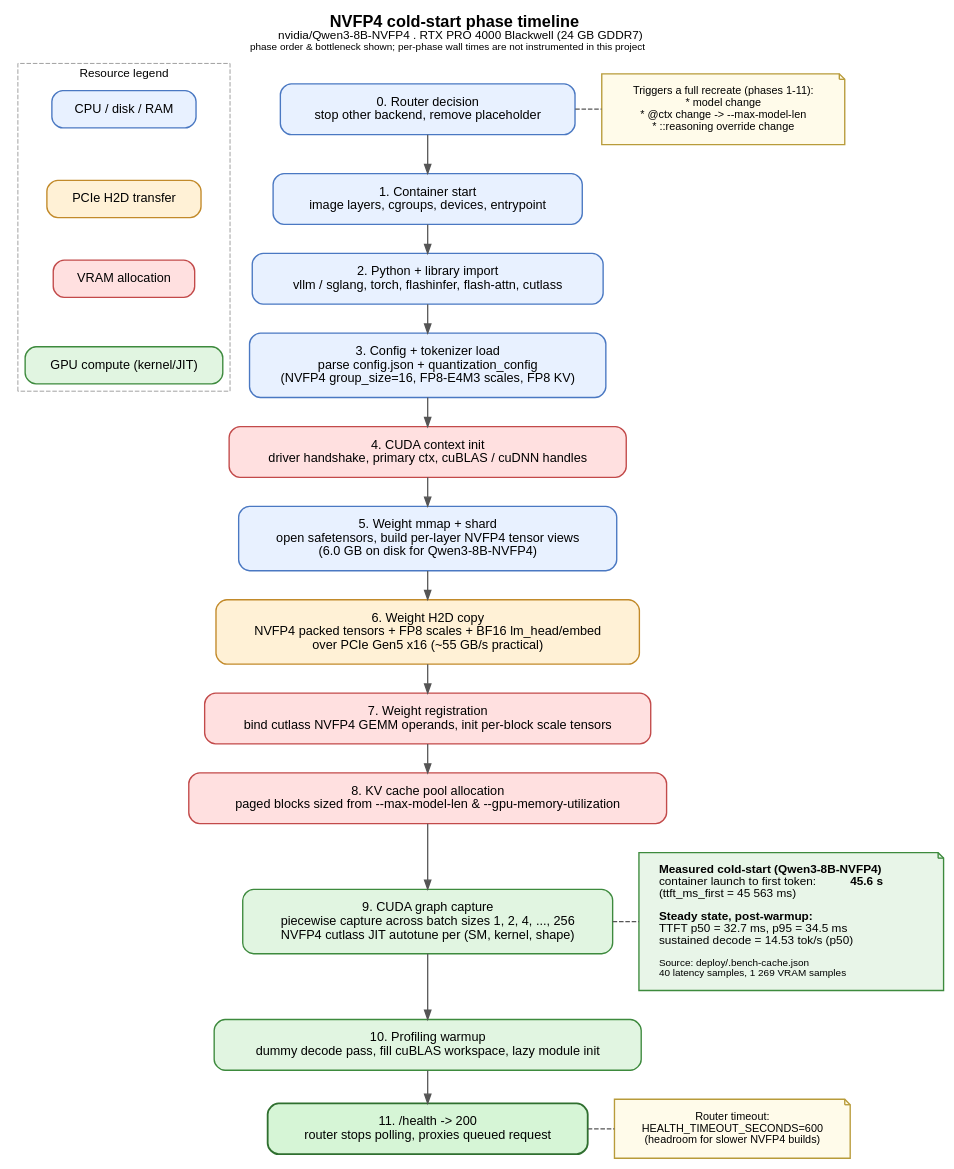
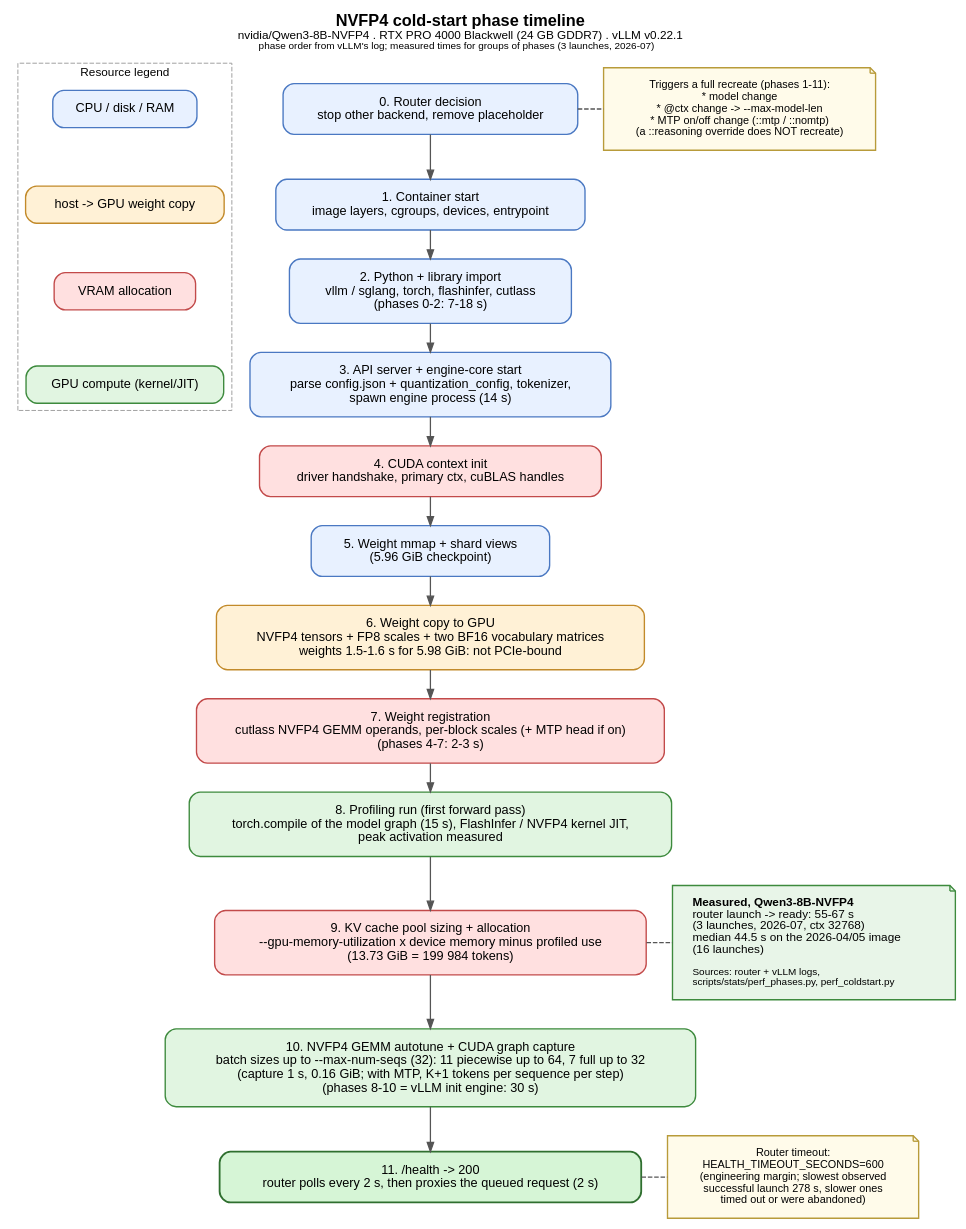
The diagram in docs/nvfp4-coldstart-phases.dot (ksparavec/devai), drawn with Graphviz before and after one commit. The commit also changed 37 other files, not shown here.

```diff
--- a/docs/nvfp4-coldstart-phases.dot
+++ b/docs/nvfp4-coldstart-phases.dot
@@ -1,84 +1,81 @@
 // NVFP4 cold-start phase timeline for vLLM / SGLang on a Blackwell GPU.
 // Vertical (top-to-bottom) layout so the diagram fits a page width
 // without text shrinking below readable size.
 //
-// Each phase node names what is happening and which resource bottlenecks
-// it. Per-phase wall times are NOT shown -- this project does not have
-// per-phase instrumentation, so those numbers would be guesswork. The
-// measured aggregate cold-start (container launch -> first token) is
-// shown in the side annotation, sourced from deploy/.bench-cache.json
-// for nvidia/Qwen3-8B-NVFP4 on RTX PRO 4000 Blackwell (24 GB GDDR7).
+// Each phase node names what is happening and what limits it. The phase
+// order follows vLLM's own log lines. Measured times (vLLM log + router
+// log, scripts/stats/perf_phases.py) are given for groups of phases, for
+// nvidia/Qwen3-8B-NVFP4 (3 launches, 2026-07-16..19, ctx 32768, vLLM
+// v0.22.1, --max-num-seqs 32) on the RTX PRO 4000 Blackwell (24 GB GDDR7).
+// See docs/nvfp4-coldstart.md Sec. 1 for the 27B builds and the method.
 //
 // Render: dot -Tsvg nvfp4-coldstart-phases.dot -o nvfp4-coldstart-phases.svg
 
 digraph nvfp4_coldstart {
   rankdir=TB;
   fontname="Helvetica";
   ranksep=0.45;
   nodesep=0.4;
   node [shape=box, style="rounded,filled", fontname="Helvetica",
         fontsize=14, margin="0.30,0.18", penwidth=1.5];
   edge [fontname="Helvetica", fontsize=12, color="#555555", penwidth=1.4];
   graph [fontsize=18, labelloc=t,
-         label=<<B>NVFP4 cold-start phase timeline</B><BR/><FONT POINT-SIZE="13">nvidia/Qwen3-8B-NVFP4 . RTX PRO 4000 Blackwell (24 GB GDDR7)</FONT><BR/><FONT POINT-SIZE="11">phase order &amp; bottleneck shown; per-phase wall times are not instrumented in this project</FONT>>];
+         label=<<B>NVFP4 cold-start phase timeline</B><BR/><FONT POINT-SIZE="13">nvidia/Qwen3-8B-NVFP4 . RTX PRO 4000 Blackwell (24 GB GDDR7) . vLLM v0.22.1</FONT><BR/><FONT POINT-SIZE="11">phase order from vLLM's log; measured times for groups of phases (3 launches, 2026-07)</FONT>>];
 
   // Legend strip across the top.
   subgraph cluster_legend {
     label="Resource legend"; style=dashed; color="#999999"; fontsize=13;
     rank=same;
     L1 [label="CPU / disk / RAM",         fillcolor="#E8F1FF", color="#4A78C2"];
-    L2 [label="PCIe H2D transfer",        fillcolor="#FFF1D6", color="#C28A2A"];
+    L2 [label="host -> GPU weight copy",  fillcolor="#FFF1D6", color="#C28A2A"];
     L3 [label="VRAM allocation",          fillcolor="#FFE0E0", color="#C24A4A"];
     L4 [label="GPU compute (kernel/JIT)", fillcolor="#E1F5E1", color="#3D8A3D"];
     L1 -> L2 [style=invis];
     L2 -> L3 [style=invis];
     L3 -> L4 [style=invis];
   }
 
-  // Phases, in temporal order, top-to-bottom. No fabricated wall times.
   P0  [label="0. Router decision\nstop other backend, remove placeholder",
        fillcolor="#E8F1FF", color="#4A78C2"];
   P1  [label="1. Container start\nimage layers, cgroups, devices, entrypoint",
        fillcolor="#E8F1FF", color="#4A78C2"];
-  P2  [label="2. Python + library import\nvllm / sglang, torch, flashinfer, flash-attn, cutlass",
+  P2  [label="2. Python + library import\nvllm / sglang, torch, flashinfer, cutlass\n(phases 0-2: 7-18 s)",
        fillcolor="#E8F1FF", color="#4A78C2"];
-  P3  [label="3. Config + tokenizer load\nparse config.json + quantization_config\n(NVFP4 group_size=16, FP8-E4M3 scales, FP8 KV)",
+  P3  [label="3. API server + engine-core start\nparse config.json + quantization_config, tokenizer,\nspawn engine process (14 s)",
        fillcolor="#E8F1FF", color="#4A78C2"];
-  P4  [label="4. CUDA context init\ndriver handshake, primary ctx, cuBLAS / cuDNN handles",
+  P4  [label="4. CUDA context init\ndriver handshake, primary ctx, cuBLAS handles",
        fillcolor="#FFE0E0", color="#C24A4A"];
-  P5  [label="5. Weight mmap + shard\nopen safetensors, build per-layer NVFP4 tensor views\n(6.0 GB on disk for Qwen3-8B-NVFP4)",
+  P5  [label="5. Weight mmap + shard views\n(5.96 GiB checkpoint)",
        fillcolor="#E8F1FF", color="#4A78C2"];
-  P6  [label="6. Weight H2D copy\nNVFP4 packed tensors + FP8 scales + BF16 lm_head/embed\nover PCIe Gen5 x16 (~55 GB/s practical)",
+  P6  [label="6. Weight copy to GPU\nNVFP4 tensors + FP8 scales + two BF16 vocabulary matrices\nweights 1.5-1.6 s for 5.98 GiB: not PCIe-bound",
        fillcolor="#FFF1D6", color="#C28A2A"];
-  P7  [label="7. Weight registration\nbind cutlass NVFP4 GEMM operands, init per-block scale tensors",
+  P7  [label="7. Weight registration\ncutlass NVFP4 GEMM operands, per-block scales (+ MTP head if on)\n(phases 4-7: 2-3 s)",
        fillcolor="#FFE0E0", color="#C24A4A"];
-  P8  [label="8. KV cache pool allocation\npaged blocks sized from --max-model-len &amp; --gpu-memory-utilization",
+  P8  [label="8. Profiling run (first forward pass)\ntorch.compile of the model graph (15 s), FlashInfer / NVFP4 kernel JIT,\npeak activation measured",
+       fillcolor="#E1F5E1", color="#3D8A3D"];
+  P9  [label="9. KV cache pool sizing + allocation\n--gpu-memory-utilization x device memory minus profiled use\n(13.73 GiB = 199 984 tokens)",
        fillcolor="#FFE0E0", color="#C24A4A"];
-  P9  [label="9. CUDA graph capture\npiecewise capture across batch sizes 1, 2, 4, ..., 256\nNVFP4 cutlass JIT autotune per (SM, kernel, shape)",
+  P10 [label="10. NVFP4 GEMM autotune + CUDA graph capture\nbatch sizes up to --max-num-seqs (32): 11 piecewise up to 64, 7 full up to 32\n(capture 1 s, 0.16 GiB; with MTP, K+1 tokens per sequence per step)\n(phases 8-10 = vLLM init engine: 30 s)",
        fillcolor="#E1F5E1", color="#3D8A3D"];
-  P10 [label="10. Profiling warmup\ndummy decode pass, fill cuBLAS workspace, lazy module init",
-       fillcolor="#E1F5E1", color="#3D8A3D"];
-  P11 [label="11. /health -> 200\nrouter stops polling, proxies queued request",
+  P11 [label="11. /health -> 200\nrouter polls every 2 s, then proxies the queued request (2 s)",
        fillcolor="#D6F5D6", color="#2F6F2F", penwidth=2];
 
   P0 -> P1 -> P2 -> P3 -> P4 -> P5 -> P6 -> P7 -> P8 -> P9 -> P10 -> P11;
 
-  // Side annotations -- the only timing claim in this diagram is the
-  // measured aggregate. Source: deploy/.bench-cache.json.
   N_recreate [shape=note, fillcolor="#FFFBEA", color="#B89B3A", fontsize=12,
-              label="Triggers a full recreate (phases 1-11):\n* model change\n* @ctx change -> --max-model-len\n* ::reasoning override change"];
+              label="Triggers a full recreate (phases 1-11):\n* model change\n* @ctx change -> --max-model-len\n* MTP on/off change (::mtp / ::nomtp)\n(a ::reasoning override does NOT recreate)"];
 
   N_measured [shape=note, fillcolor="#E8F5E8", color="#3D8A3D", fontsize=13,
-              label=<<B>Measured cold-start (Qwen3-8B-NVFP4)</B><BR ALIGN="LEFT"/>container launch to first token: <B>45.6 s</B><BR ALIGN="LEFT"/>(ttft_ms_first = 45 563 ms)<BR ALIGN="LEFT"/><BR ALIGN="LEFT"/><B>Steady state, post-warmup:</B><BR ALIGN="LEFT"/>TTFT p50 = 32.7 ms, p95 = 34.5 ms<BR ALIGN="LEFT"/>sustained decode = 14.53 tok/s (p50)<BR ALIGN="LEFT"/><BR ALIGN="LEFT"/><FONT POINT-SIZE="11">Source: deploy/.bench-cache.json</FONT><BR ALIGN="LEFT"/><FONT POINT-SIZE="11">40 latency samples, 1 269 VRAM samples</FONT><BR ALIGN="LEFT"/>>];
+              label=<<B>Measured, Qwen3-8B-NVFP4</B><BR ALIGN="LEFT"/>router launch -&gt; ready: 55-67 s<BR ALIGN="LEFT"/>(3 launches, 2026-07, ctx 32768)<BR ALIGN="LEFT"/>median 44.5 s on the 2026-04/05 image<BR ALIGN="LEFT"/>(16 launches)<BR ALIGN="LEFT"/><BR ALIGN="LEFT"/><FONT POINT-SIZE="11">Sources: router + vLLM logs,</FONT><BR ALIGN="LEFT"/><FONT POINT-SIZE="11">scripts/stats/perf_phases.py, perf_coldstart.py</FONT><BR ALIGN="LEFT"/>>];
 
   N_router [shape=note, fillcolor="#FFFBEA", color="#B89B3A", fontsize=12,
-            label="Router timeout:\nHEALTH_TIMEOUT_SECONDS=600\n(headroom for slower NVFP4 builds)"];
+            label="Router timeout:\nHEALTH_TIMEOUT_SECONDS=600\n(engineering margin; slowest observed\nsuccessful launch 278 s, slower ones\ntimed out or were abandoned)"];
 
   P0  -> N_recreate [style=dashed, arrowhead=none, constraint=false];
   P9  -> N_measured [style=dashed, arrowhead=none, constraint=false];
   P11 -> N_router   [style=dashed, arrowhead=none, constraint=false];
 
   {rank=same; P0;  N_recreate;}
   {rank=same; P9;  N_measured;}
   {rank=same; P11; N_router;}
 }
```
